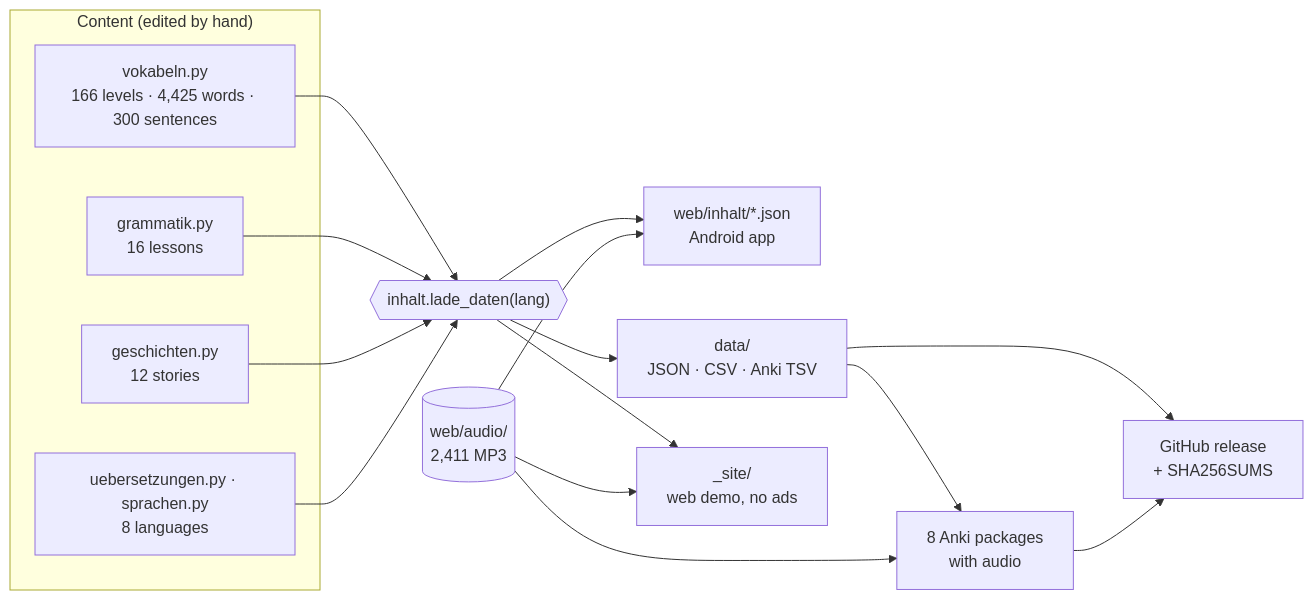
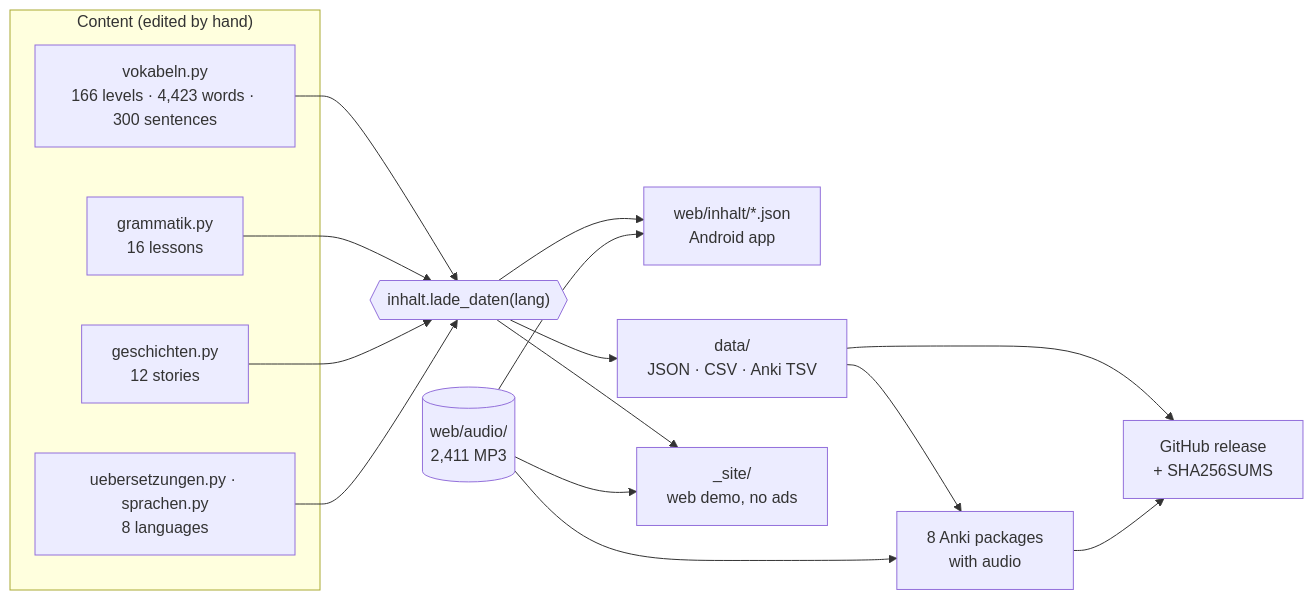
Before and after one commit to zmaj-lernapp/zmaj: the first of 2 diagrams in README.md, drawn with Mermaid. The commit also changed other lines of this file and 47 other files, not shown here.

````diff
--- a/README.md
+++ b/README.md
@@ -129,19 +129,19 @@
 ```mermaid
 flowchart LR
   subgraph src["Content (edited by hand)"]
-    V["vokabeln.py<br/>166 levels · 4,425 words · 300 sentences"]
+    V["vokabeln.py<br/>166 levels · 4,423 words · 300 sentences"]
     G["grammatik.py<br/>16 lessons"]
     S["geschichten.py<br/>12 stories"]
     U["uebersetzungen.py · sprachen.py<br/>8 languages"]
   end
   L{{"inhalt.lade_daten(lang)"}}
   V & G & S & U --> L
   A[("web/audio/<br/>2,411 MP3")]
   L --> APP["web/inhalt/*.json<br/>Android app"]
   L --> DS["data/<br/>JSON · CSV · Anki TSV"]
   L --> DEMO["_site/<br/>web demo, no ads"]
   DS --> ANKI["8 Anki packages<br/>with audio"]
   A --> APP & DEMO & ANKI
   DS --> REL["GitHub release<br/>+ SHA256SUMS"]
   ANKI --> REL
 ```
````
